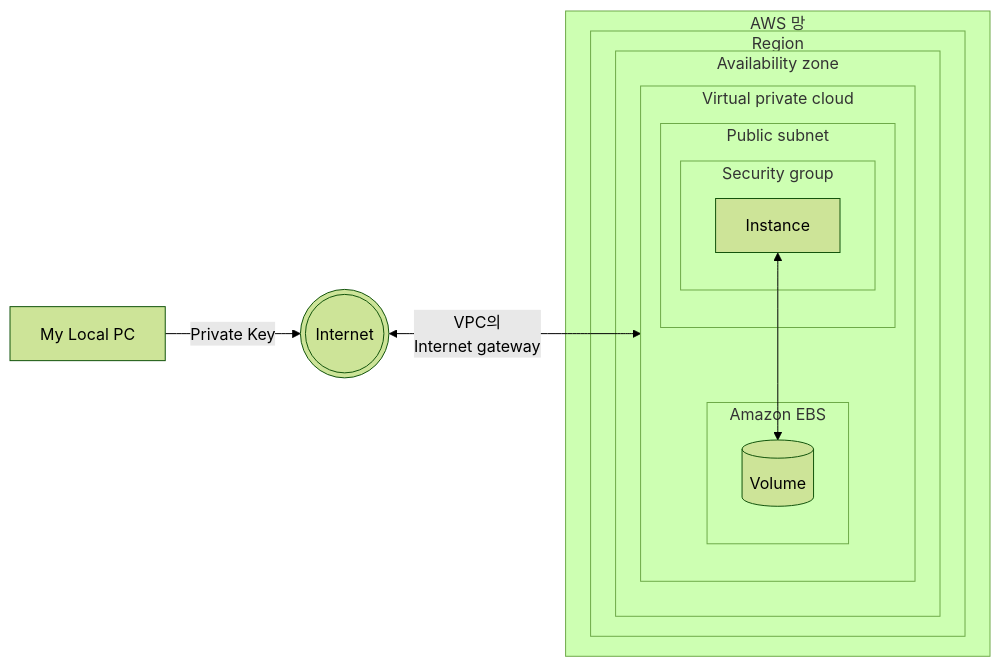
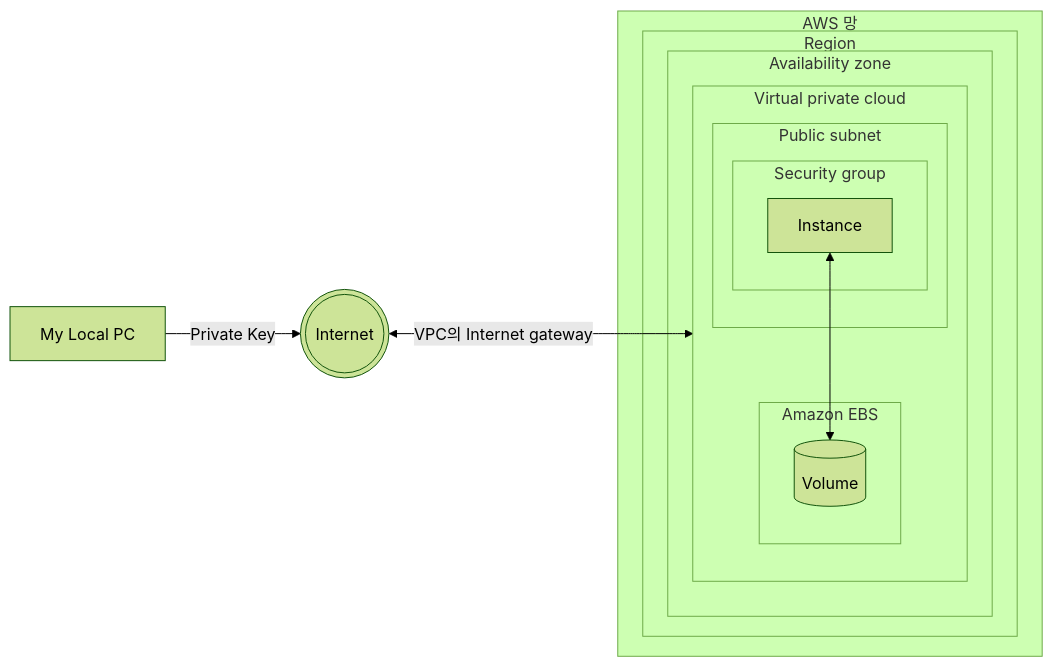
Before and after one commit to choesimin/choesimin.github.io: the diagram in collections/_skills/aws/ec2/index.md, drawn with Mermaid (forest theme). The commit also changed 9 other files, not shown here.

````diff
--- a/collections/_skills/aws/ec2/index.md
+++ b/collections/_skills/aws/ec2/index.md
@@ -33,27 +33,27 @@
 ```mermaid
 flowchart LR
 
 local[My Local PC]
 internet(((Internet)))
 
 subgraph aws[AWS 망]
     subgraph region[Region]
         subgraph az[Availability zone]
             subgraph vpc[Virtual private cloud]
                 subgraph subnet[Public subnet]
                     subgraph security[Security group]
                         instance[Instance]
                     end
                 end
                 subgraph ebs[Amazon EBS]
                     volume[(Volume)]
                 end
             end
         end
     end
 end
 
 local --> |Private Key| internet
-internet <--> |VPC의\nInternet gateway| vpc
+internet <--> |VPC의 Internet gateway| vpc
 instance <--> volume
 ```
````
